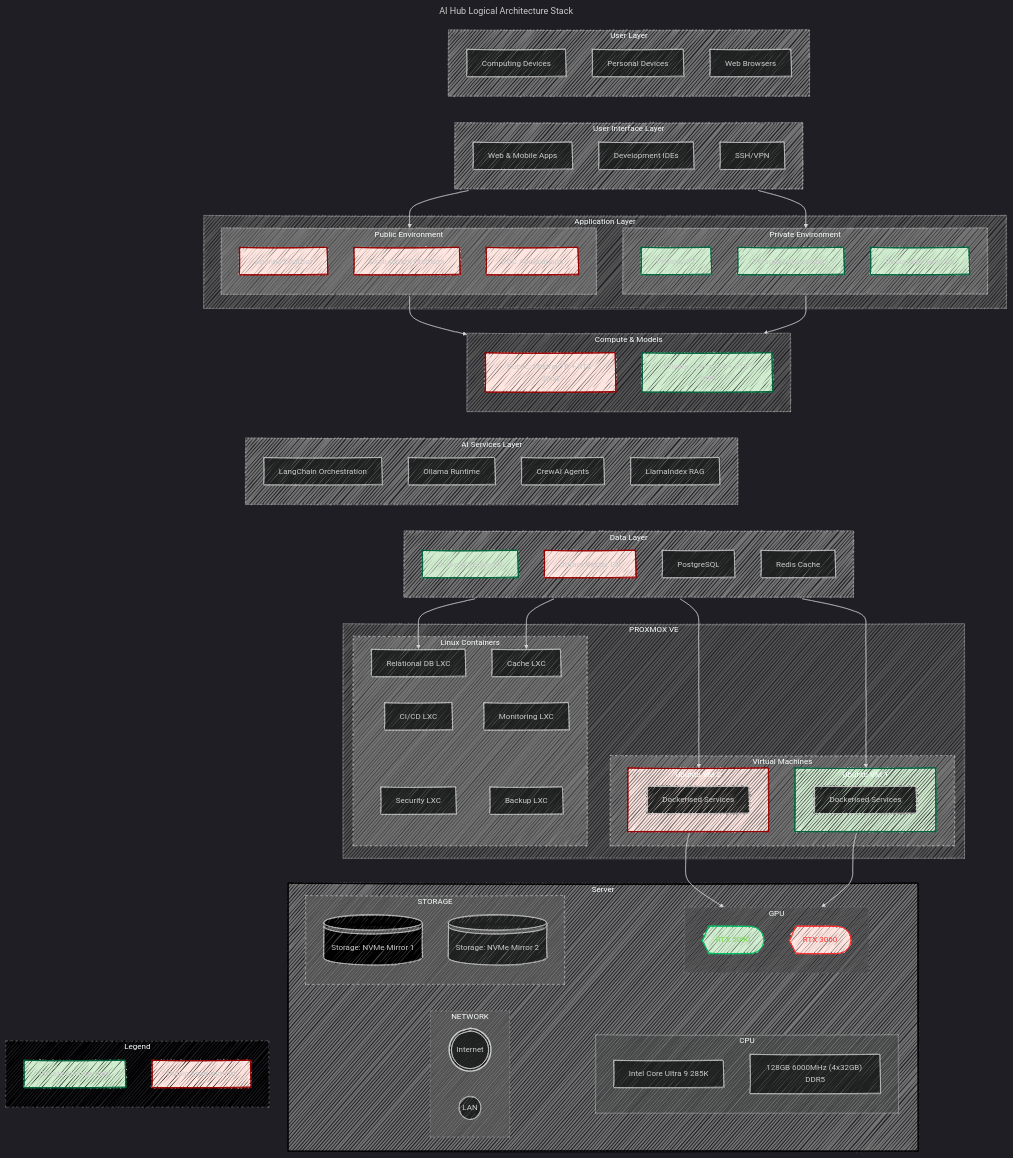
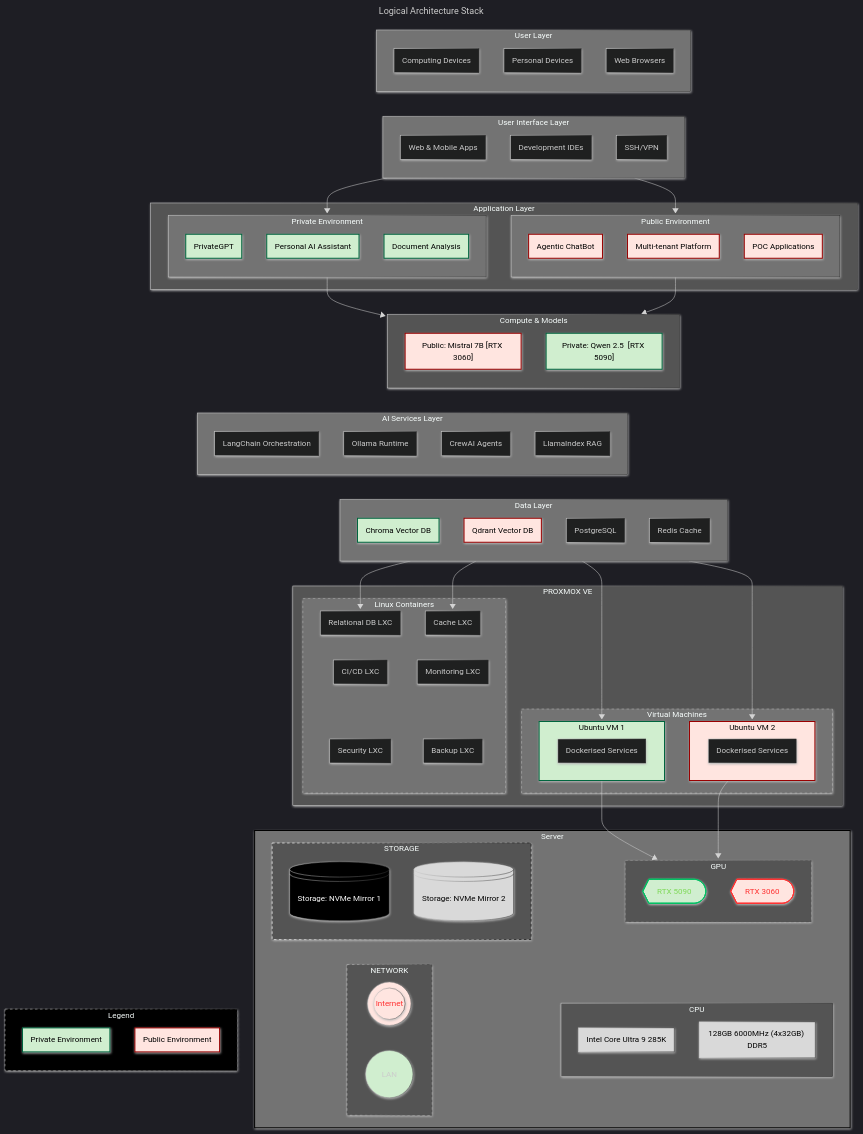
One commit to xntrek/ai-dualstack changed the diagram in docs/ai-stack.md. Above: the diagram before and after it, drawn with Mermaid. The commit also changed other lines of this file, not shown here.

Commit message:
Updated ai-stack.md and the mermaid

````diff
--- a/docs/ai-stack.md
+++ b/docs/ai-stack.md
@@ -31,22 +35,15 @@
 ```mermaid
 ---
-title: AI Hub Logical Architecture Stack
-displayMode: compact
+title: Logical Architecture Stack
 config:
-    look: handDrawn
-    handDrawnSeed: 123
-    theme: neutral
+    displayMode: compact
+    look: neo
+    theme: dark
+    themeVariables:
+        fontFamily:	Courier New, monospace, Lucida Console, monospace;
+        fontSize: 16;
+    layout: dagre
 ---
-%%{init: {
-  "theme": "dark",
-  "themeVariables": {
-    "fontFamily": "monospace"
-  },
-  "layout": "dagre",
-  "config": {
-    "look": "classic"
-  }
-}}%%
 flowchart TB
     %% === USERS ===
     subgraph Users["User Layer"]
@@ -84,8 +81,8 @@
     %% === COMPUTE ===
     subgraph Compute["Compute & Models"]
         direction TB
-        M2["Public: Mistral 7B + RTX 3060"]
-        M1["Private: Qwen 2.5 + RTX 5090"]
+        M2["Public: Mistral 7B [RTX 3060]"]
+        M1["Private: Qwen 2.5  [RTX 5090]"]
     end
 
     %% === AI SERVICES ===
@@ -164,14 +161,14 @@
             U1 ~~~ UI3
         UI1 --> PublicApp
         UI3 --> PrivateApp
-        PublicApp --> M2 ~~~ AIServices ~~~ D2 --> VM2 --> GPU2 
             M2 ~~~ D2
             M1 ~~~ D1
-        PrivateApp --> M1 ~~~ AIServices ~~~ D1 --> VM1 --> GPU1 
         D3 --> LX1 ~~~ LX4 ~~~ LX3
         D4 --> LX2 ~~~ LX5 ~~~ LX6
         LX3 ~~~ d1
         LX6 ~~~ d2
+        PrivateApp --> M1 ~~~ AIServices ~~~ D1 --> VM1 --> GPU1
+        PublicApp --> M2 ~~~ AIServices ~~~ D2 --> VM2 --> GPU2 
         VM ~~~ GPU
         DISK ~~~ CPU
         GPU ~~~ CPU
@@ -179,12 +176,12 @@
 
     GPU1@{ shape: "display", label: "RTX 5090" }
     GPU2@{ shape: "display", label: "RTX 3060" }
-    d1@{ shape: disk}
-    d2@{ shape: disk}
+    d1@{ shape: "disk", label: "Storage: NVMe Mirror 1" }
+    d2@{ shape: "disk", label: "Storage: NVMe Mirror 2" }
     nw1@{ shape: dbl-circ}
 
     %% === STYLING ===
-    classDef private fill:#D0EECF,stroke:#00663F,stroke-width:2px;
+    classDef private fill:#D0EECF,stroke:#00663F,stroke-width:2px; 
     classDef public  fill:#FFE5E0,stroke:#990000,stroke-width:2px;
     classDef legend  fill:#F0F0F0,stroke:#AAAAAA,stroke-width:1px;
 
@@ -207,7 +204,27 @@
 	style Users fill:#737373
 	style Compute fill:#545454
 	style Legend stroke-width:1px,stroke-dasharray:5 5,fill:#000000
-	style d1 fill:#000000
 	style GPU1 color:#7ED957,stroke-width:2px,stroke:#00BF63
 	style GPU2 color:#FF3131,stroke-width:2px,stroke:#FF3131
+	style P1 color:#000000
+	style P2 color:#000000
+	style P3 color:#000000
+	style M1 color:#000000
+	style M2 color:#000000
+	style PU1 color:#000000
+	style PU2 color:#000000
+	style PU3 color:#000000
+	style D1 color:#000000
+	style D2 color:#000000
+	style L1 color:#000000
+	style L2 color:#000000
+	style VM1 color:#000000
+	style VM2 color:#000000
+	style CPU fill:#545454
+	style cpu fill:#D9D9D9,color:#000000
+	style ram color:#000000,fill:#D9D9D9
+	style d1 fill:#000000,color:#FFFFFF
+	style d2 fill:#D9D9D9,color:#000000
+	style nw2 fill:#D0EECF
+	style nw1 color:#FF3131,fill:#FFE5E0
 ```
````
